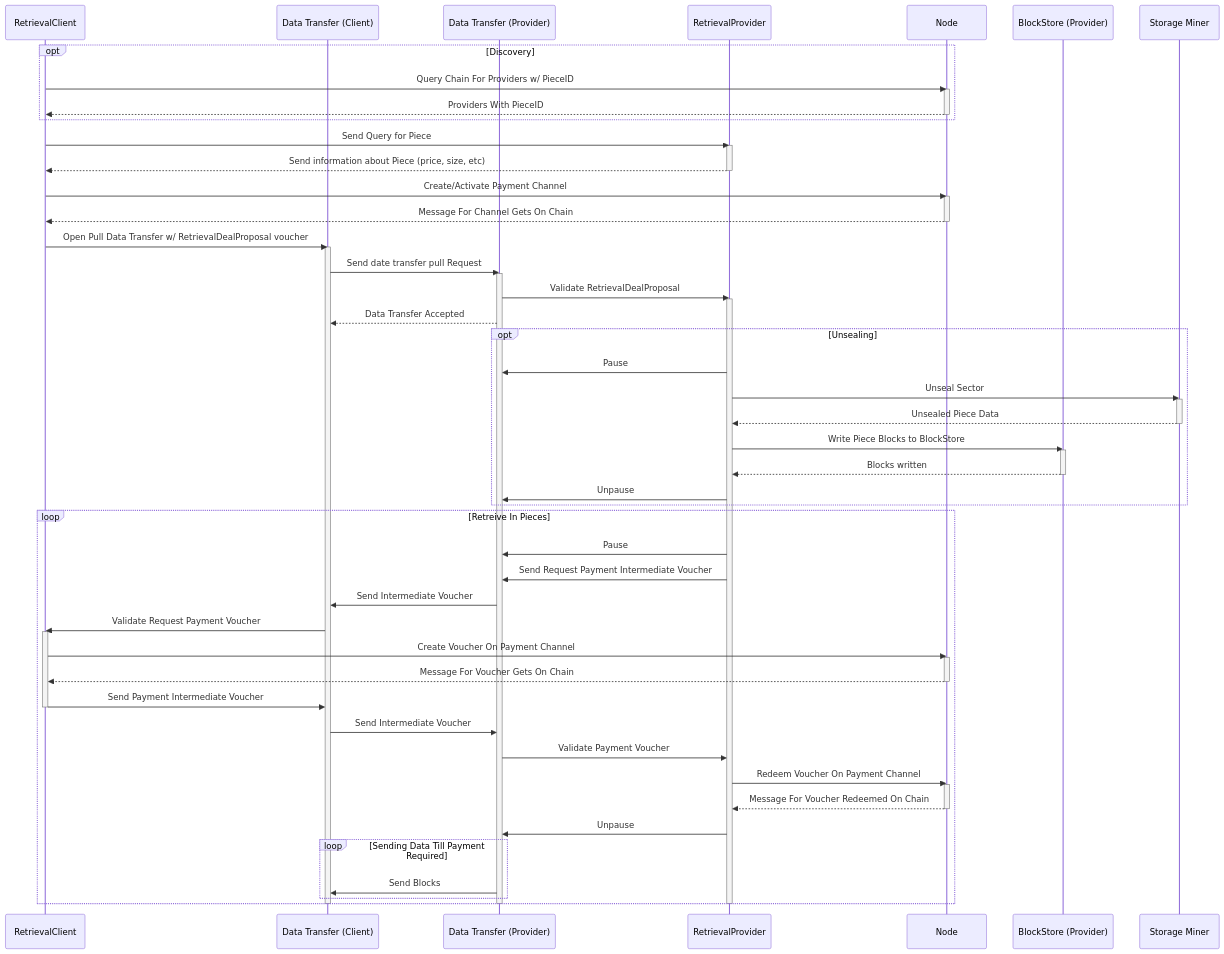
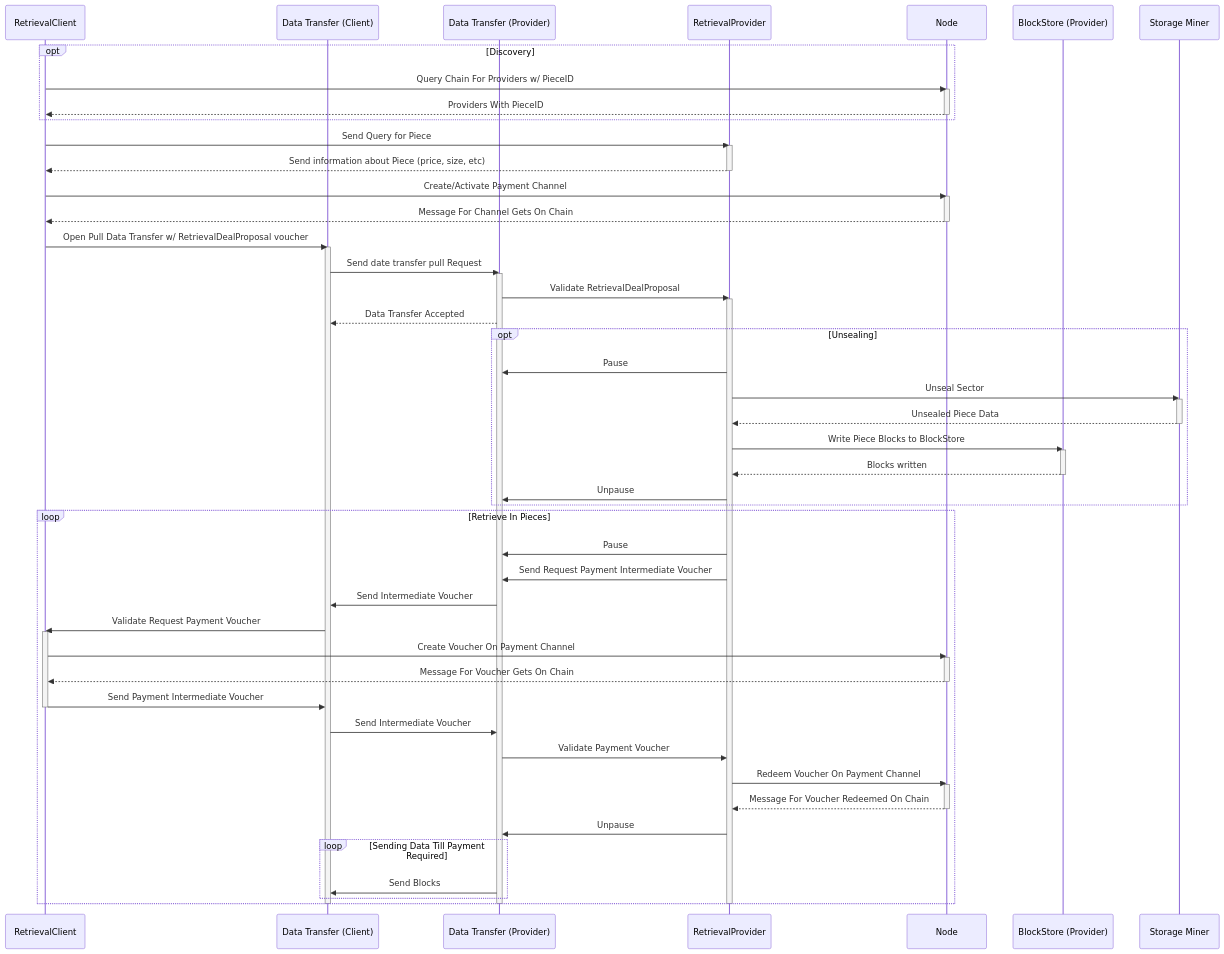
One commit to filecoin-project/specs changed the diagram in src/systems/filecoin_markets/retrieval_market/retrieval_flow_v1.mmd. Above: the diagram before and after it, drawn with Mermaid. The commit also changed 2 other files, not shown here.

```diff
--- a/src/systems/filecoin_markets/retrieval_market/retrieval_flow_v1.mmd
+++ b/src/systems/filecoin_markets/retrieval_market/retrieval_flow_v1.mmd
@@ -1,70 +1,70 @@
 sequenceDiagram
 
   participant Client as RetrievalClient
   participant DTC as Data Transfer (Client)
   participant DTP as Data Transfer (Provider)
   participant Provider as RetrievalProvider
   participant Node
   participant BSP as BlockStore (Provider)
   participant StorageMiner as Storage Miner
 
   opt Discovery
     Client ->> Node : Query Chain For Providers w/ PieceID
     activate Node
     Node -->> Client : Providers With PieceID
     deactivate Node
   end
 
   Client ->> Provider : Send Query for Piece
   activate Provider
   Provider -->> Client : Send information about Piece (price, size, etc)
   deactivate Provider
   Client ->> Node : Create/Activate Payment Channel
   activate Node
   Node -->> Client : Message For Channel Gets On Chain
   deactivate Node
   Client ->> DTC : Open Pull Data Transfer w/ RetrievalDealProposal voucher
   activate DTC
   DTC ->> DTP : Send date transfer pull Request
   activate DTP
   DTP ->> Provider : Validate RetrievalDealProposal
   activate Provider
   DTP -->> DTC : Data Transfer Accepted
   opt Unsealing
   Provider ->> DTP : Pause
   Provider ->> StorageMiner : Unseal Sector
   activate StorageMiner
   StorageMiner -->> Provider : Unsealed Piece Data
   deactivate StorageMiner
   Provider ->> BSP: Write Piece Blocks to BlockStore
   activate BSP
   BSP -->> Provider : Blocks written
   deactivate BSP
   Provider ->> DTP : Unpause
   end
-  loop Retreive In Pieces
+  loop Retrieve In Pieces
     Provider ->> DTP : Pause
     Provider ->> DTP : Send Request Payment Intermediate Voucher
     DTP ->> DTC : Send Intermediate Voucher
     DTC ->> Client : Validate Request Payment Voucher
     activate Client
     Client ->> Node : Create Voucher On Payment Channel
     activate Node
     Node -->> Client : Message For Voucher Gets On Chain
     deactivate Node
     Client ->> DTC : Send Payment Intermediate Voucher
     deactivate Client
     DTC ->> DTP : Send Intermediate Voucher
     DTP ->> Provider : Validate Payment Voucher
     Provider ->> Node : Redeem Voucher On Payment Channel
     activate Node
     Node -->> Provider : Message For Voucher Redeemed On Chain
     deactivate Node
     Provider ->> DTP : Unpause
     loop Sending Data Till Payment Required
         DTP ->> DTC : Send Blocks
     end
   end
   deactivate Provider
   deactivate DTP
   deactivate DTC
```
